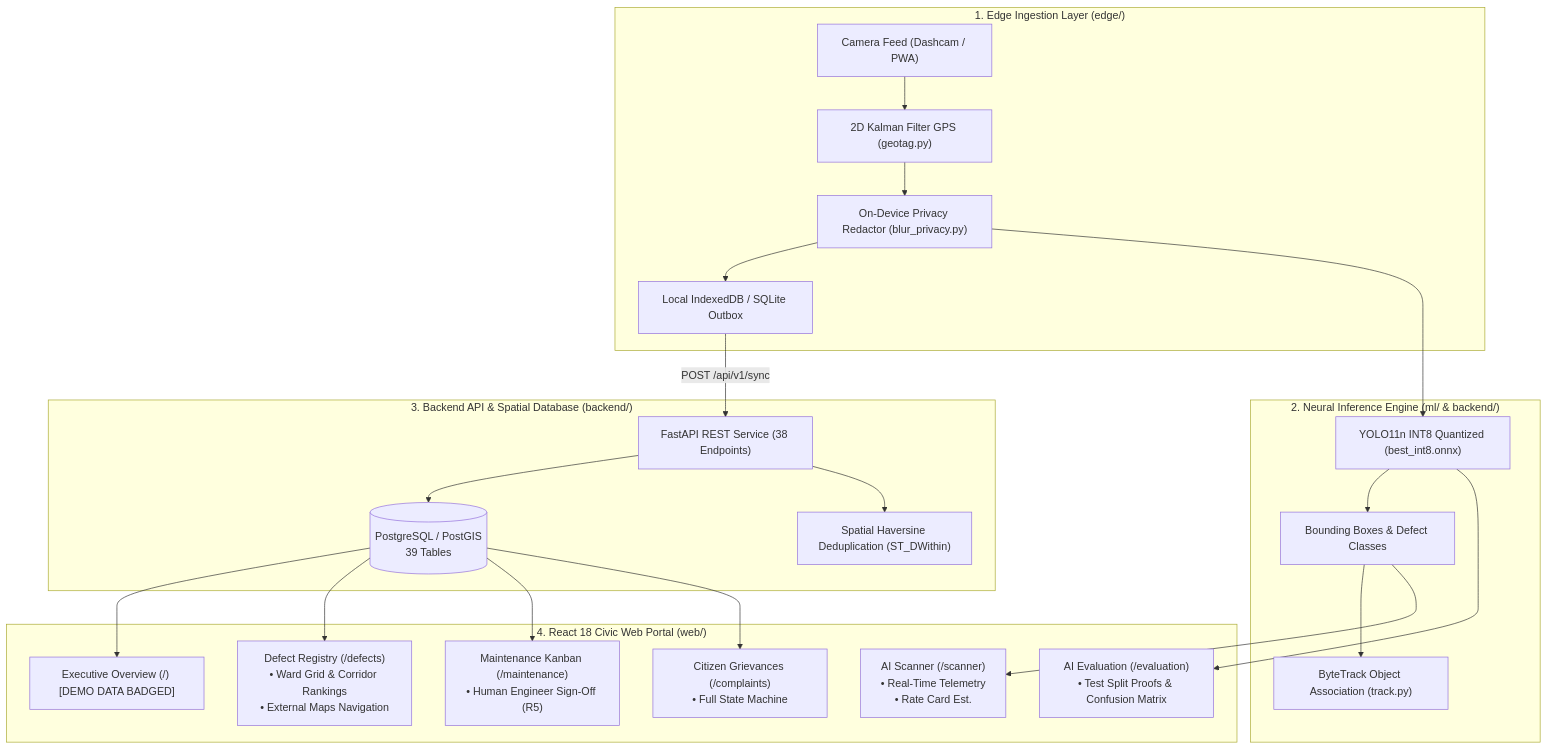
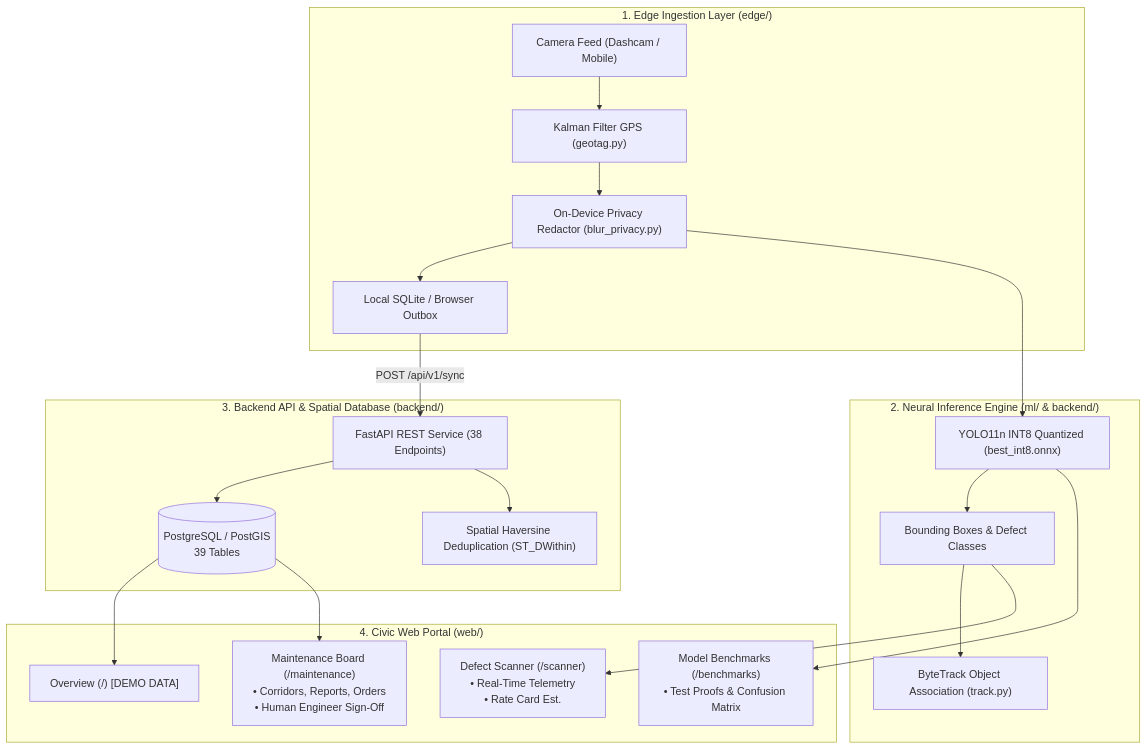
The diagram in README.md (Priya-Ranjan-0201/potholes), drawn with Mermaid before and after one commit. The commit also changed other lines of this file and 27 other files, not shown here.

````diff
--- a/README.md
+++ b/README.md
@@ -120,32 +117,30 @@
 ```mermaid
 flowchart TD
     subgraph EdgeCapture["1. Edge Ingestion Layer (edge/)"]
-        Dashcam["Camera Feed (Dashcam / PWA)"]
-        Geotag["2D Kalman Filter GPS (geotag.py)"]
+        Dashcam["Camera Feed (Dashcam / Mobile)"]
+        Geotag["Kalman Filter GPS (geotag.py)"]
         PrivacyShield["On-Device Privacy Redactor (blur_privacy.py)"]
-        Outbox["Local IndexedDB / SQLite Outbox"]
+        Outbox["Local SQLite / Browser Outbox"]
         
         Dashcam --> Geotag --> PrivacyShield --> Outbox
     end
 
     subgraph NeuralEngine["2. Neural Inference Engine (ml/ & backend/)"]
         PrivacyShield --> YOLO["YOLO11n INT8 Quantized (best_int8.onnx)"]
         YOLO --> Detections["Bounding Boxes & Defect Classes"]
         Detections --> IoUTracker["ByteTrack Object Association (track.py)"]
     end
 
     subgraph GovernanceCore["3. Backend API & Spatial Database (backend/)"]
         Outbox -->|POST /api/v1/sync| API["FastAPI REST Service (38 Endpoints)"]
         API --> DB[("PostgreSQL / PostGIS\n39 Tables")]
         API --> Deduplication["Spatial Haversine Deduplication (ST_DWithin)"]
     end
 
-    subgraph WebPortal["4. React 18 Civic Web Portal (web/)"]
-        DB --> Dashboard["Executive Overview (/) [DEMO DATA BADGED]"]
-        Detections --> Scanner["AI Scanner (/scanner)\n• Real-Time Telemetry\n• Rate Card Est."]
-        DB --> DefectReg["Defect Registry (/defects)\n• Ward Grid & Corridor Rankings\n• External Maps Navigation"]
-        DB --> Kanban["Maintenance Kanban (/maintenance)\n• Human Engineer Sign-Off (R5)"]
-        DB --> Grievance["Citizen Grievances (/complaints)\n• Full State Machine"]
-        YOLO --> Eval["AI Evaluation (/evaluation)\n• Test Split Proofs & Confusion Matrix"]
+    subgraph WebPortal["4. Civic Web Portal (web/)"]
+        DB --> Dashboard["Overview (/) [DEMO DATA]"]
+        Detections --> Scanner["Defect Scanner (/scanner)\n• Real-Time Telemetry\n• Rate Card Est."]
+        DB --> Maintenance["Maintenance Board (/maintenance)\n• Corridors, Reports, Orders\n• Human Engineer Sign-Off"]
+        YOLO --> Benchmarks["Model Benchmarks (/benchmarks)\n• Test Proofs & Confusion Matrix"]
     end
 ```
````
